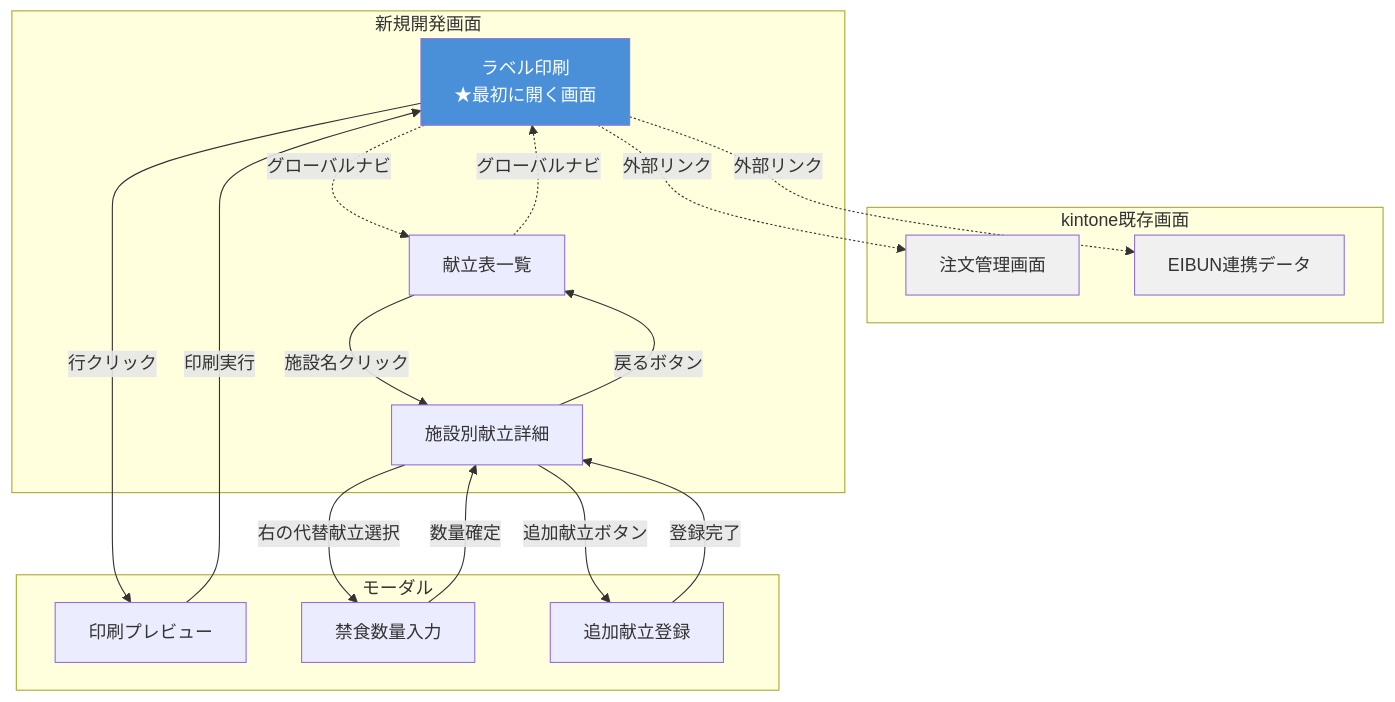
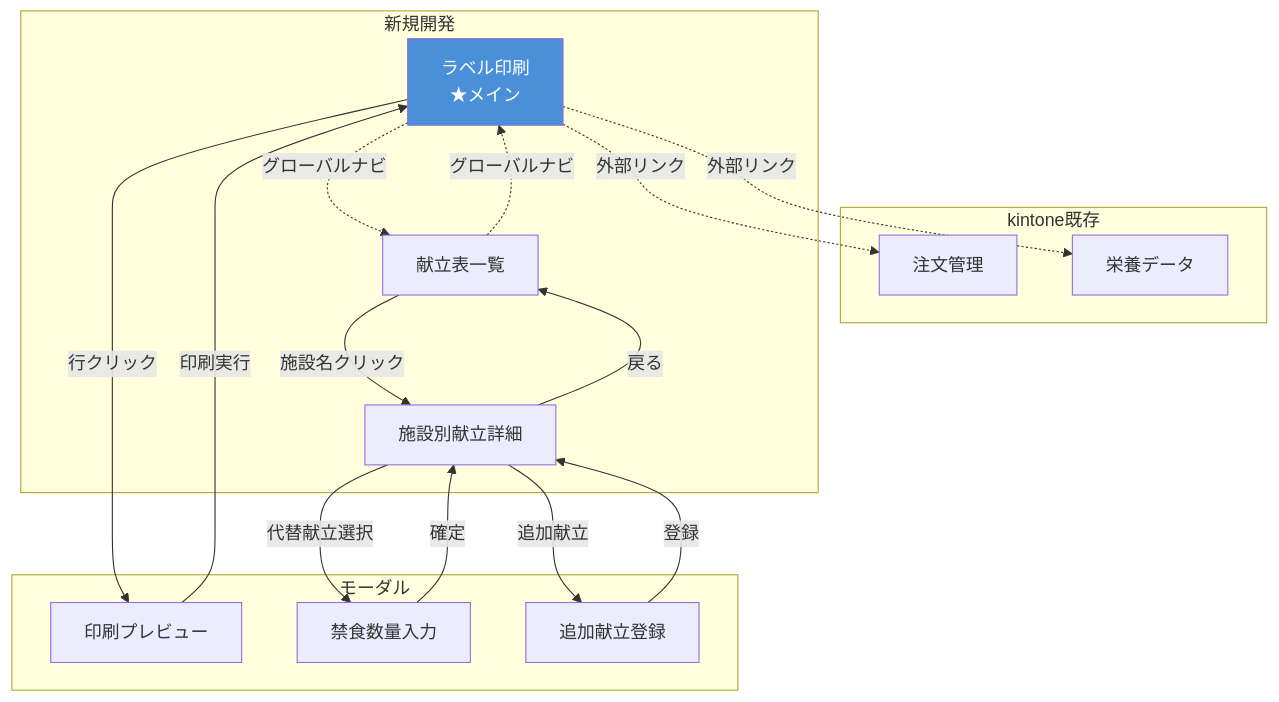
The diagram in docs/screen-flow.md (Naoki-Ii/mealcs-kintone), drawn with Mermaid before and after one commit. The commit also changed other lines of this file, not shown here.

````diff
--- a/docs/screen-flow.md
+++ b/docs/screen-flow.md
@@ -23,43 +23,36 @@
 ```mermaid
 flowchart TB
-    subgraph kintone[kintone既存画面]
-        K1[注文管理画面]
-        K2[EIBUN連携データ]
+    subgraph kintone[kintone既存]
+        K1[注文管理]
+        K2[栄養データ]
     end
 
-    subgraph new[新規開発画面]
-        A[ラベル印刷<br/>★最初に開く画面]
+    subgraph new[新規開発]
+        A[ラベル印刷<br/>★メイン]
         B[献立表一覧]
         C[施設別献立詳細]
     end
 
     subgraph modal[モーダル]
         D[印刷プレビュー]
         E[禁食数量入力]
         F[追加献立登録]
     end
 
-    %% グローバルナビ
     A -.グローバルナビ.-> B
     B -.グローバルナビ.-> A
     A -.外部リンク.-> K1
     A -.外部リンク.-> K2
 
-    %% ラベル印刷画面
     A -->|行クリック| D
     D -->|印刷実行| A
 
-    %% 献立表一覧
     B -->|施設名クリック| C
-
-    %% 施設別献立詳細
-    C -->|戻るボタン| B
-    C -->|右の代替献立選択| E
-    C -->|追加献立ボタン| F
-    E -->|数量確定| C
-    F -->|登録完了| C
+    C -->|戻る| B
+    C -->|代替献立選択| E
+    C -->|追加献立| F
+    E -->|確定| C
+    F -->|登録| C
 
     style A fill:#4a90d9,color:#fff
-    style K1 fill:#f0f0f0
-    style K2 fill:#f0f0f0
 ```
````
